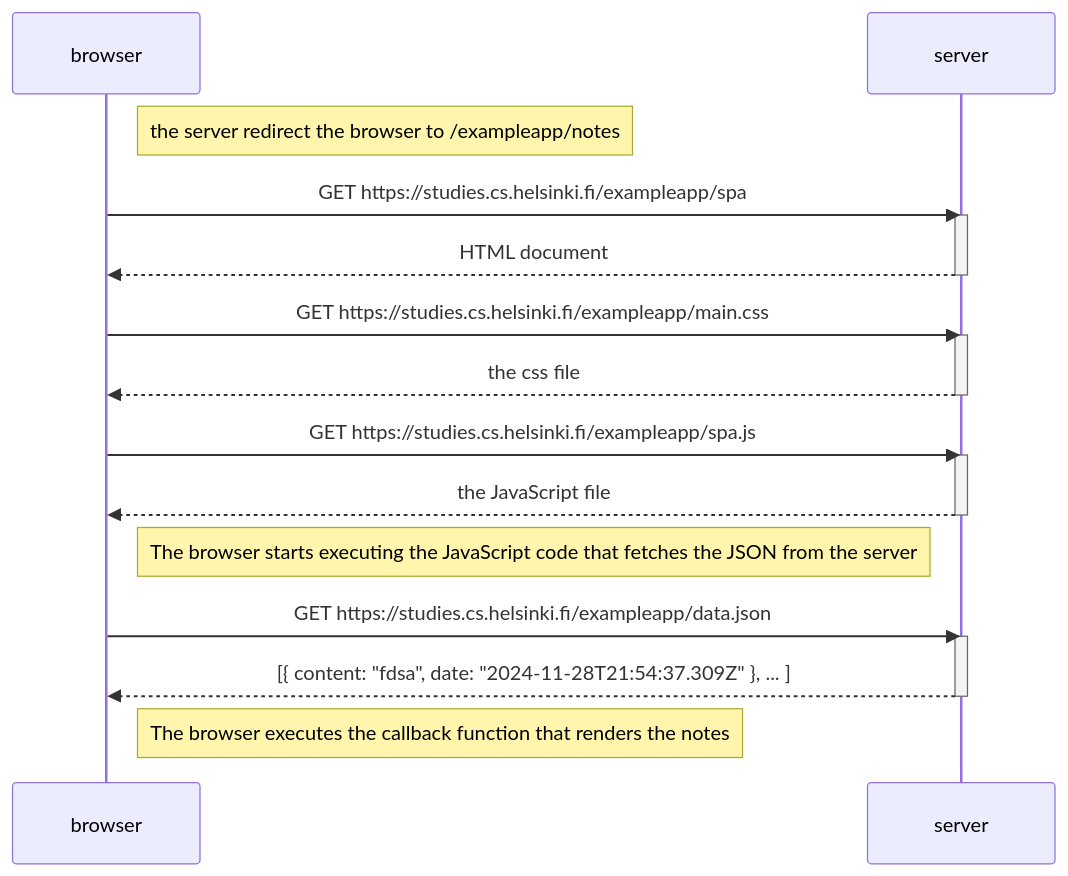
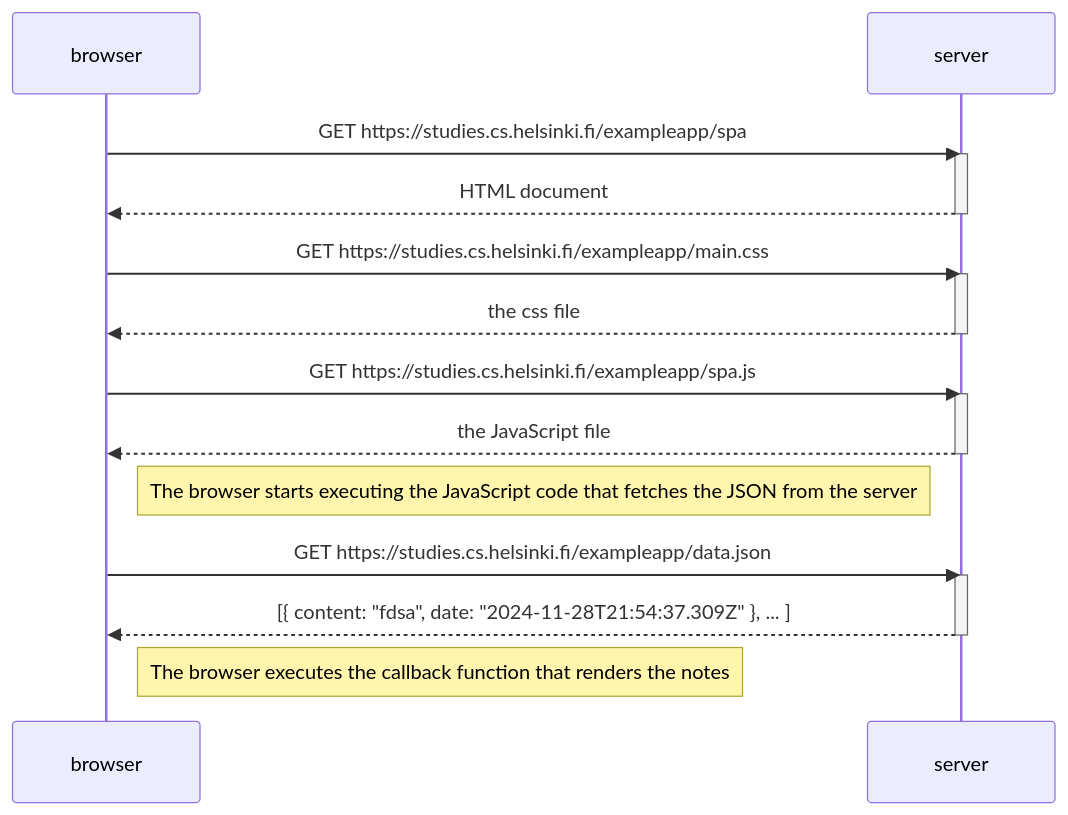
One commit to VoThinhVuong/fullstackopen_works changed the diagram in part0/ex_05.md. Above: the diagram before and after it, drawn with Mermaid. The commit also changed 1 other file, not shown here.

````diff
--- a/part0/ex_05.md
+++ b/part0/ex_05.md
@@ -2,31 +2,29 @@
 ```mermaid
 sequenceDiagram
     participant browser
     participant server
-
-    Note right of browser: the server redirect the browser to /exampleapp/notes
 
     browser->>server: GET https://studies.cs.helsinki.fi/exampleapp/spa
     activate server
     server-->>browser: HTML document
     deactivate server
 
     browser->>server: GET https://studies.cs.helsinki.fi/exampleapp/main.css
     activate server
     server-->>browser: the css file
     deactivate server
 
     browser->>server: GET https://studies.cs.helsinki.fi/exampleapp/spa.js
     activate server
     server-->>browser: the JavaScript file
     deactivate server
 
     Note right of browser: The browser starts executing the JavaScript code that fetches the JSON from the server
 
     browser->>server: GET https://studies.cs.helsinki.fi/exampleapp/data.json
     activate server
     server-->>browser: [{ content: "fdsa", date: "2024-11-28T21:54:37.309Z" }, ... ]
     deactivate server
 
     Note right of browser: The browser executes the callback function that renders the notes
 ```
````
